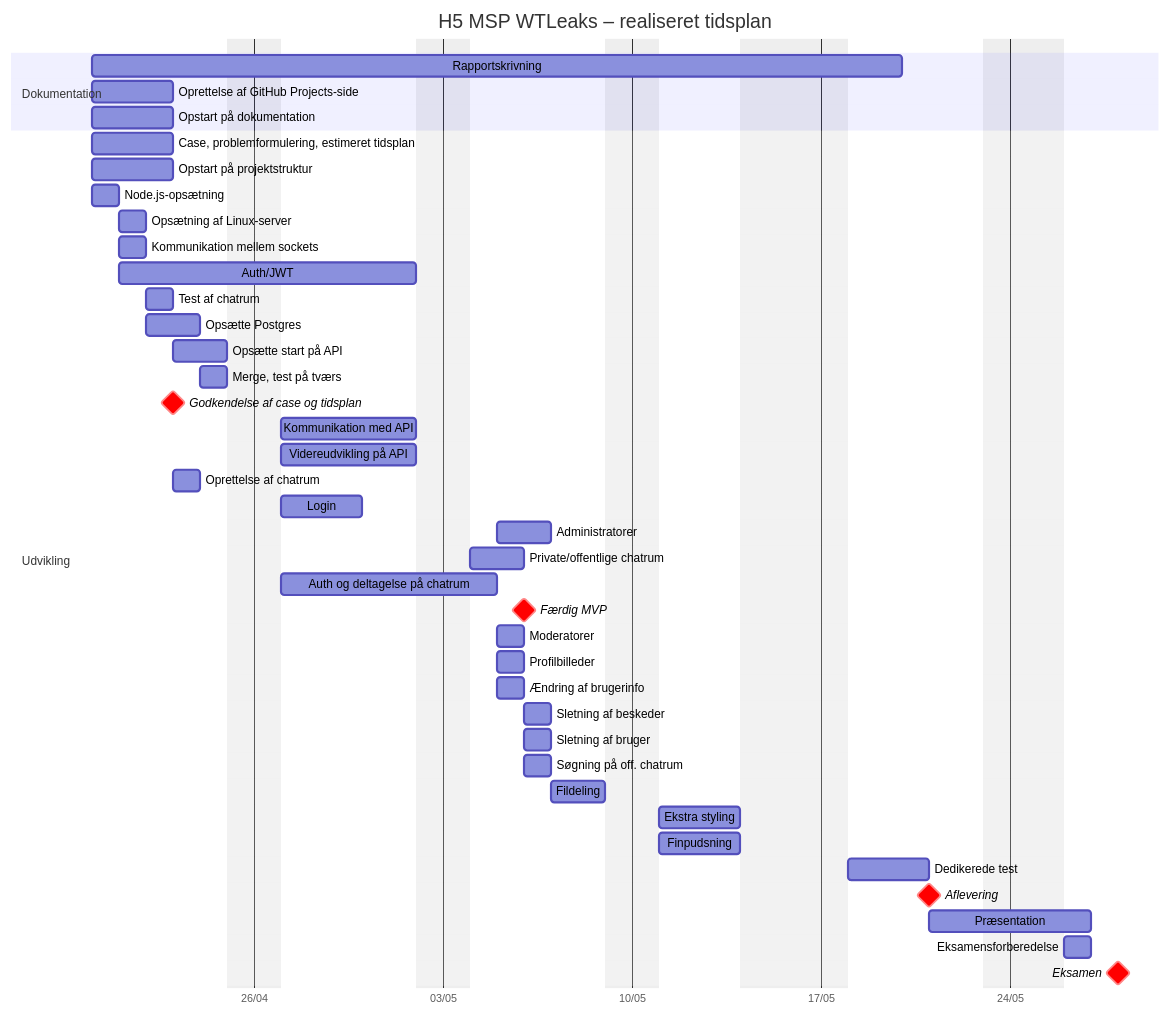
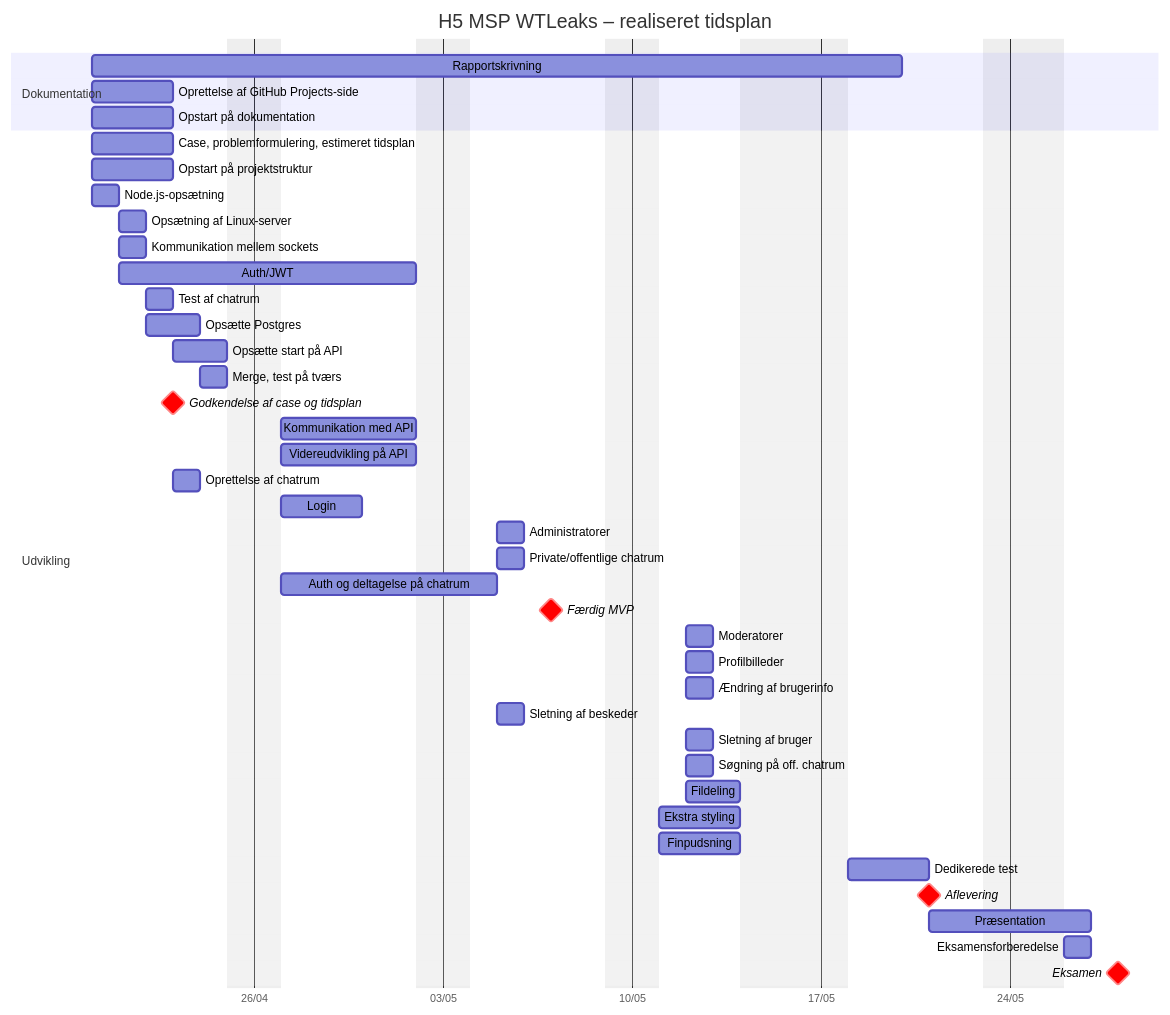
One commit to Mercantec-GHC/h5-msp-wtleaks changed the diagram in Rapport/docs/Realiseret Tidsplan.md. Above: the diagram before and after it, drawn with Mermaid. The commit also changed 4 other files, not shown here.

````diff
--- a/Rapport/docs/Realiseret Tidsplan.md
+++ b/Rapport/docs/Realiseret Tidsplan.md
@@ -3,64 +3,64 @@
 ```mermaid
 ---
 config:
     themeVariables:
         taskTextColor: 'black'
         taskTextOutsideColor: 'black'
 ---
 gantt
     title H5 MSP WTLeaks – realiseret tidsplan
     dateFormat  YYYY-MM-DD
     axisFormat  %d/%m
     excludes  weekends, 2026-05-14, 2026-05-15, 2026-05-25
     
     section Dokumentation
     Rapportskrivning  : 2026-04-20, 20d
     Oprettelse af GitHub Projects-side  : 2026-04-20, 3d
     Opstart på dokumentation  : 2026-04-20, 3d
     
     section Udvikling
     %% Uge 1
     Case, problemformulering, estimeret tidsplan  : 2026-04-20, 3d
     Opstart på projektstruktur  : 2026-04-20, 3d
     Node.js-opsætning  : 2026-04-20, 1d
     Opsætning af Linux-server  : 2026-04-21, 1d
     Kommunikation mellem sockets  : 2026-04-21, 1d
     Auth/JWT  : jwt, 2026-04-21, 9d
     Test af chatrum  : 2026-04-22, 1d
     Opsætte Postgres  : 2026-04-22, 2d
     Opsætte start på API  : 2026-04-23, 2d
     Merge, test på tværs  : 2026-04-24, 1d
     Godkendelse af case og tidsplan  : crit, milestone, 2026-04-23, 0d
     
     %% Uge 2
     Kommunikation med API  : 2026-04-27, 5d
     Videreudvikling på API  : 2026-04-27, 5d
     Oprettelse af chatrum  : 2026-04-23, 1d
     Login  : 2026-04-27, 3d
-    Administratorer  : 2026-05-05, 2d
-    Private/offentlige chatrum  : 2026-05-04, 2d
+    Administratorer  : 2026-05-05, 1d
+    Private/offentlige chatrum  : 2026-05-05, 1d
     Auth og deltagelse på chatrum  : 2026-04-27, 6d
-    Færdig MVP  : crit, milestone, 2026-05-06, 0d
+    Færdig MVP  : crit, milestone, 2026-05-07, 0d
     
     %% Uge 3
-    Moderatorer  : 2026-05-05, 1d
-    Profilbilleder  : 2026-05-05, 1d
-    Ændring af brugerinfo  : 2026-05-05, 1d
-    Sletning af beskeder  : 2026-05-06, 1d
-    Sletning af bruger  : 2026-05-06, 1d
-    Søgning på off. chatrum  : 2026-05-06, 1d
-    Fildeling  : 2026-05-07, 2d
+    Moderatorer  : 2026-05-12, 1d
+    Profilbilleder  : 2026-05-12, 1d
+    Ændring af brugerinfo  : 2026-05-12, 1d
+    Sletning af beskeder  : 2026-05-05, 1d
+    Sletning af bruger  : 2026-05-12, 1d
+    Søgning på off. chatrum  : 2026-05-12, 1d
+    Fildeling  : 2026-05-12, 2d
     
     %% Uge 4
     Ekstra styling  : 2026-05-11, 3d
     Finpudsning  : 2026-05-11, 3d
     
     %% Uge 5
     Dedikerede test  : 2026-05-18, 3d
     Aflevering  : crit, milestone, 2026-05-21, 0d
     Præsentation  : 2026-05-21, 3d
     
     %% Uge 6
     Eksamensforberedelse  : 2026-05-26, 1d
     Eksamen  : crit, milestone, 2026-05-28, 0d
 ```
````
